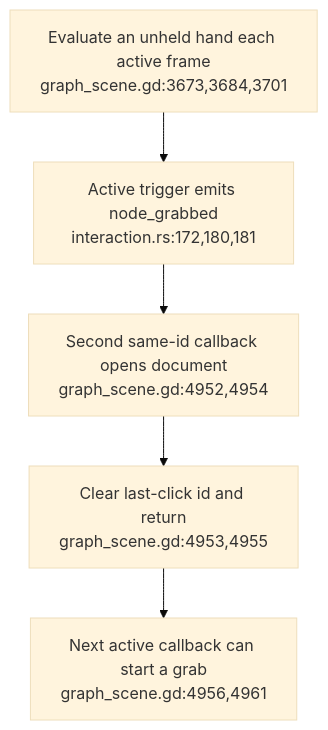
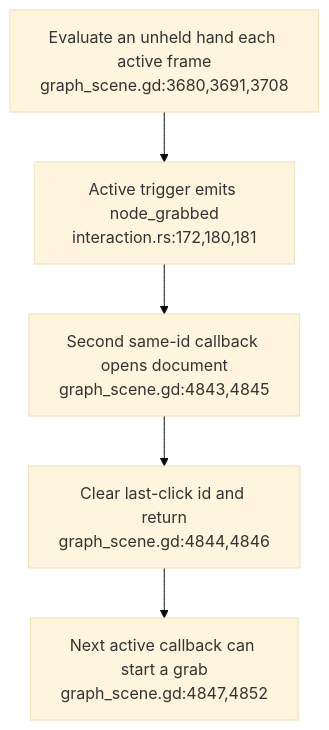
Before and after one commit to DreamLab-AI/VisionFlow: the third of 6 diagrams in docs/diagrams/visionclaw/53-xr-grab-lifetimes-and-input.md, drawn with Mermaid (base theme). The commit also changed other lines of this file and 24 other files, not shown here.

Commit message:
docs: align XR liveness, filtering and rendering diagrams (#33)

````diff
--- a/docs/diagrams/visionclaw/53-xr-grab-lifetimes-and-input.md
+++ b/docs/diagrams/visionclaw/53-xr-grab-lifetimes-and-input.md
@@ -56,7 +57,7 @@
 ```mermaid
 flowchart TD
-    FRAME["Evaluate an unheld hand each active frame<br/>graph_scene.gd:3673,3684,3701"] --> EMIT["Active trigger emits node_grabbed<br/>interaction.rs:172,180,181"]
-    EMIT --> DOUBLE["Second same-id callback opens document<br/>graph_scene.gd:4952,4954"]
-    DOUBLE --> RESET["Clear last-click id and return<br/>graph_scene.gd:4953,4955"]
-    RESET --> NEXT["Next active callback can start a grab<br/>graph_scene.gd:4956,4961"]
+    FRAME["Evaluate an unheld hand each active frame<br/>graph_scene.gd:3680,3691,3708"] --> EMIT["Active trigger emits node_grabbed<br/>interaction.rs:172,180,181"]
+    EMIT --> DOUBLE["Second same-id callback opens document<br/>graph_scene.gd:4843,4845"]
+    DOUBLE --> RESET["Clear last-click id and return<br/>graph_scene.gd:4844,4846"]
+    RESET --> NEXT["Next active callback can start a grab<br/>graph_scene.gd:4847,4852"]
 ```
````
